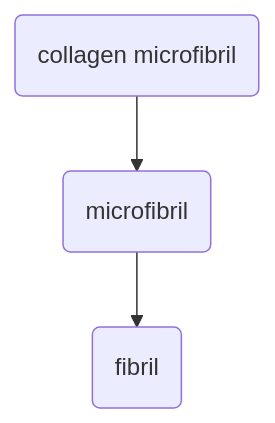
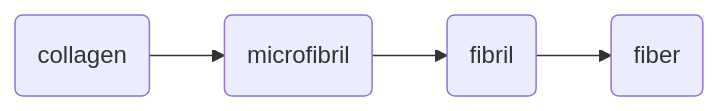
Before and after one commit to babetCode/kin335.adrienbabet.com: the first of 2 diagrams in content/week4.md, drawn with Mermaid. The commit also changed other lines of this file and 2 other files, not shown here.

````diff
--- a/content/week4.md
+++ b/content/week4.md
@@ -27,5 +28,6 @@
 ```mermaid
-graph
-    A(collagen microfibril) --> B(microfibril);
+graph LR
+    A(collagen) --> B(microfibril);
     B --> C(fibril);
+    C --> D(fiber);
 ```
````
